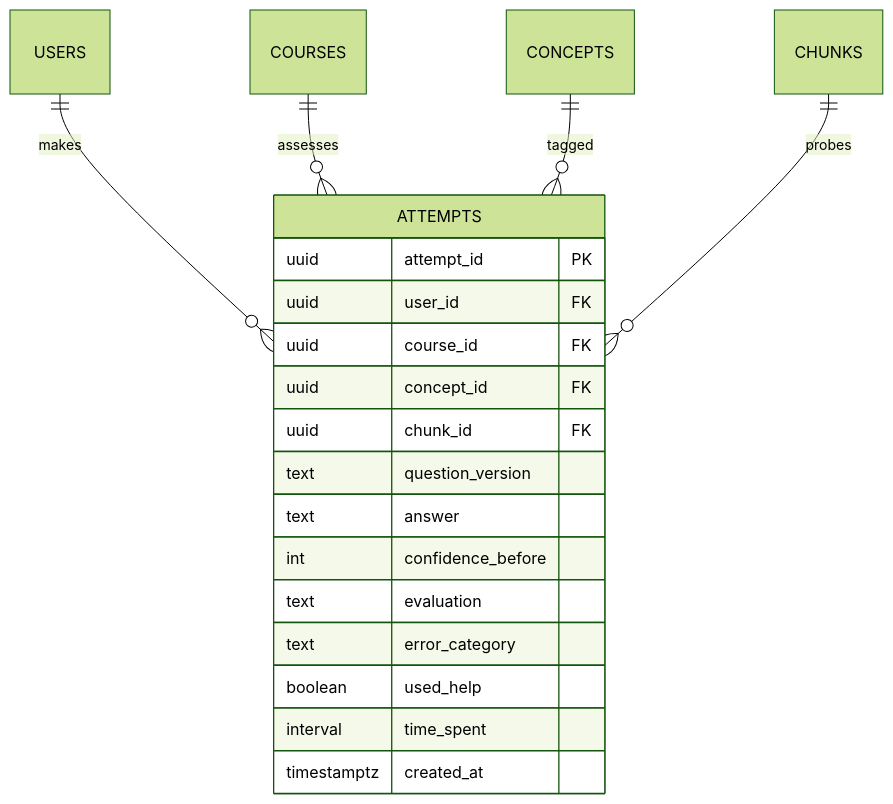
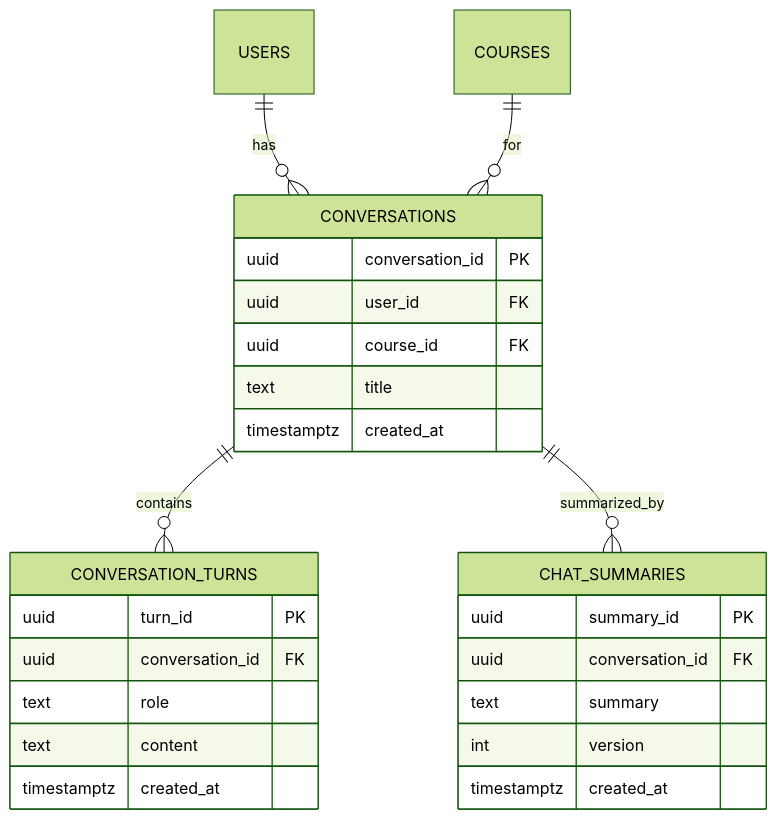
Before and after one commit to RileyK05/Stacks: diagram 12 of 18 in system.md, drawn with Mermaid (forest theme). The commit also changed other lines of this file and 13 other files, not shown here.

Commit message:
schema additions

````diff
--- a/system.md
+++ b/system.md
@@ -316,23 +432,29 @@
 ```mermaid
 erDiagram
-    USERS ||--o{ ATTEMPTS : makes
-    COURSES ||--o{ ATTEMPTS : assesses
-    CONCEPTS ||--o{ ATTEMPTS : tagged
-    CHUNKS ||--o{ ATTEMPTS : probes
+    USERS ||--o{ CONVERSATIONS : has
+    COURSES ||--o{ CONVERSATIONS : for
+    CONVERSATIONS ||--o{ CONVERSATION_TURNS : contains
+    CONVERSATIONS ||--o{ CHAT_SUMMARIES : summarized_by
 
-    ATTEMPTS {
-        uuid attempt_id PK
+    CONVERSATIONS {
+        uuid conversation_id PK
         uuid user_id FK
         uuid course_id FK
-        uuid concept_id FK
-        uuid chunk_id FK
-        text question_version
-        text answer
-        int confidence_before
-        text evaluation
-        text error_category
-        boolean used_help
-        interval time_spent
+        text title
+        timestamptz created_at
+    }
+    CONVERSATION_TURNS {
+        uuid turn_id PK
+        uuid conversation_id FK
+        text role
+        text content
+        timestamptz created_at
+    }
+    CHAT_SUMMARIES {
+        uuid summary_id PK
+        uuid conversation_id FK
+        text summary
+        int version
         timestamptz created_at
     }
 ```
````
